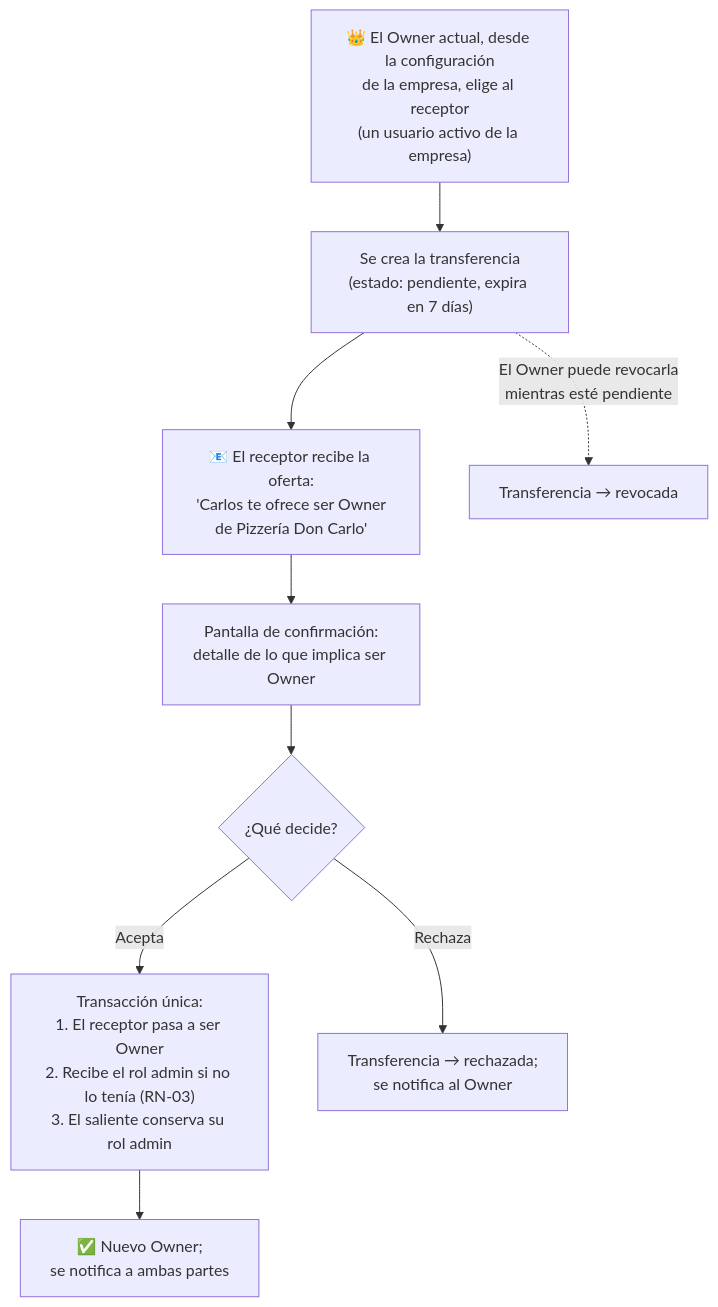
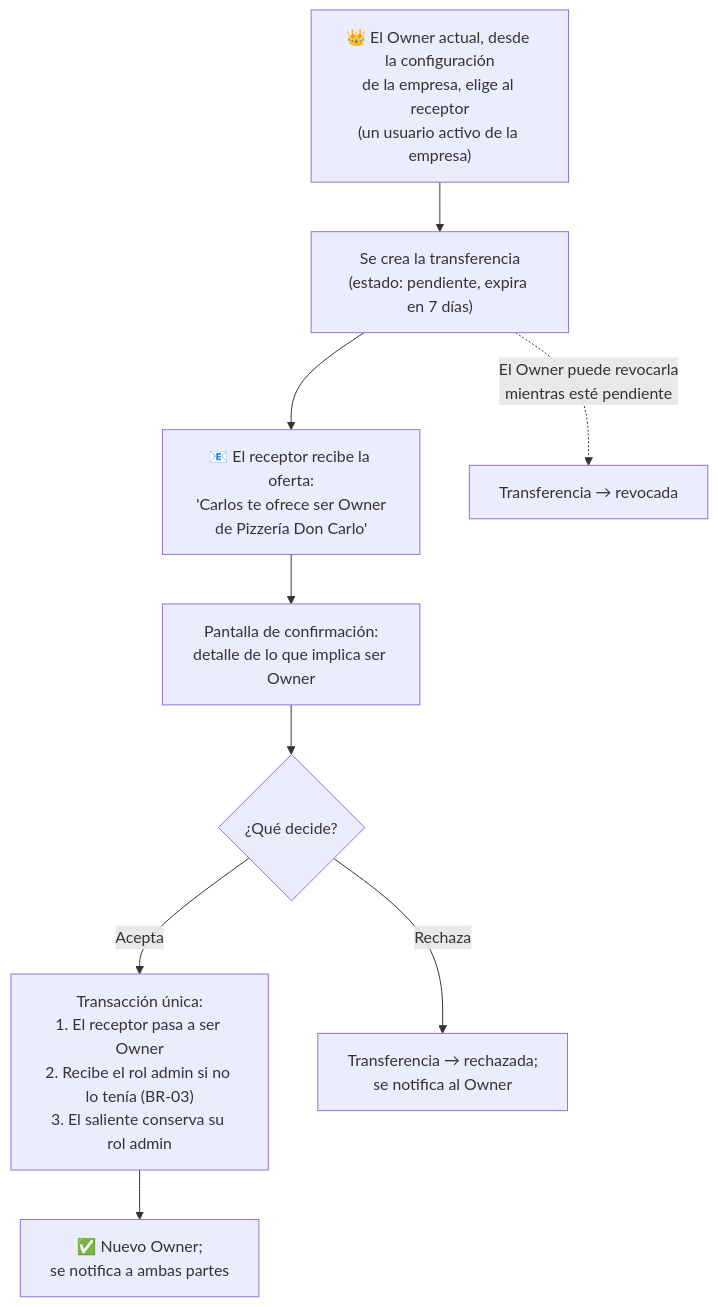
One commit to Franco98404/database-guidelines changed diagram 11 of 15 in database-guidelines.md. Above: the diagram before and after it, drawn with Mermaid. The commit also changed other lines of this file, not shown here.

````diff
--- a/database-guidelines.md
+++ b/database-guidelines.md
@@ -616,11 +618,11 @@
 ```mermaid
 flowchart TD
     A["👑 El Owner actual, desde la configuración<br/>de la empresa, elige al receptor<br/>(un usuario activo de la empresa)"] --> B["Se crea la transferencia<br/>(estado: pendiente, expira en 7 días)"]
     B --> C["📧 El receptor recibe la oferta:<br/>'Carlos te ofrece ser Owner<br/>de Pizzería Don Carlo'"]
     C --> D["Pantalla de confirmación:<br/>detalle de lo que implica ser Owner"]
     D --> E{"¿Qué decide?"}
-    E -- "Acepta" --> F["Transacción única:<br/>1. El receptor pasa a ser Owner<br/>2. Recibe el rol admin si no lo tenía (RN-03)<br/>3. El saliente conserva su rol admin"]
+    E -- "Acepta" --> F["Transacción única:<br/>1. El receptor pasa a ser Owner<br/>2. Recibe el rol admin si no lo tenía (BR-03)<br/>3. El saliente conserva su rol admin"]
     F --> G["✅ Nuevo Owner;<br/>se notifica a ambas partes"]
     E -- "Rechaza" --> H["Transferencia → rechazada;<br/>se notifica al Owner"]
     B -.->|"El Owner puede revocarla<br/>mientras esté pendiente"| I["Transferencia → revocada"]
 ```
````
